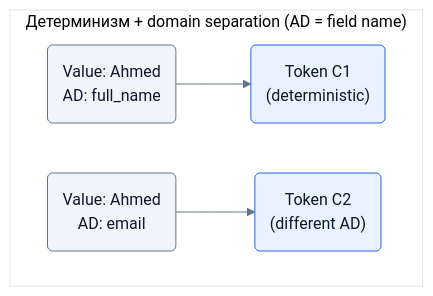
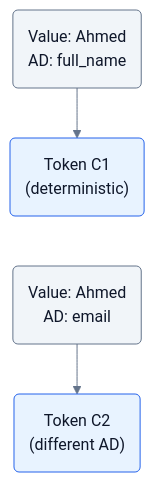
One commit to kkirko/PII-Masking-Service changed the second of 5 diagrams in README.ru.md. Above: the diagram before and after it, drawn with Mermaid. The commit also changed other lines of this file and 1 other file, not shown here.

Commit message:
Docs: fix AD underscore in KaTeX and prevent Mermaid title overlap

````diff
--- a/README.ru.md
+++ b/README.ru.md
@@ -93,11 +95,11 @@
 ```mermaid
 %%{init: {"theme":"base","themeVariables":{"fontFamily":"ui-sans-serif, system-ui, -apple-system, Segoe UI, Roboto, Arial","primaryTextColor":"#0f172a","lineColor":"#64748b","primaryColor":"#ffffff","secondaryColor":"#f1f5f9"}}}%%
 flowchart TB
   classDef src fill:#f1f5f9,stroke:#64748b,stroke-width:1px,color:#0f172a;
   classDef tok fill:#e8f3ff,stroke:#2563eb,stroke-width:1px,color:#0f172a;
-  subgraph DS["Детерминизм + domain separation (AD = field name)"]
-    direction LR
-    A("Value: Ahmed<br/>AD: full_name"):::src --> B("Token C1<br/>(deterministic)"):::tok
-    C("Value: Ahmed<br/>AD: email"):::src --> D("Token C2<br/>(different AD)"):::tok
-  end
+  A("Value: Ahmed<br/>AD: full_name"):::src --> B("Token C1<br/>(deterministic)"):::tok
+  C("Value: Ahmed<br/>AD: email"):::src --> D("Token C2<br/>(different AD)"):::tok
+  B --> C
+
+  linkStyle 2 stroke:transparent,fill:transparent,opacity:0;
 ```
````
